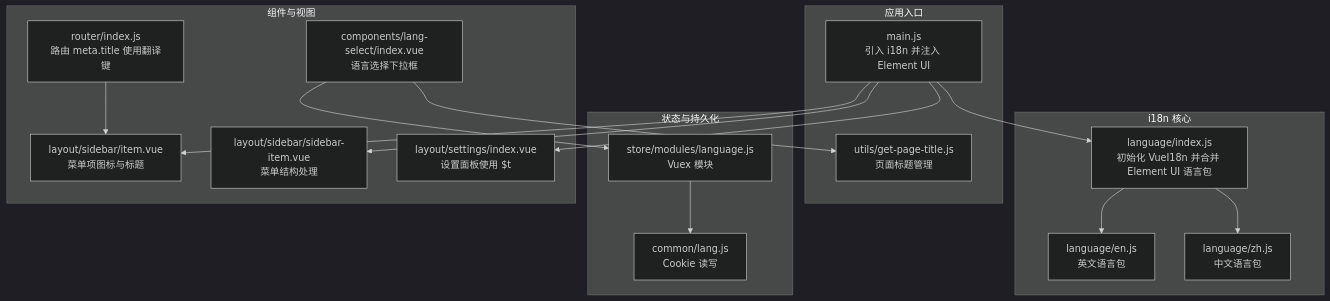
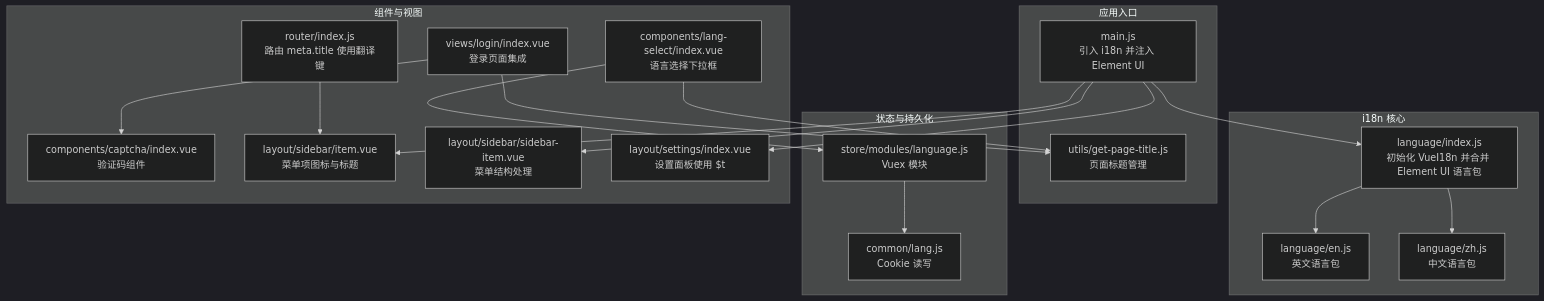
One commit to Neveryu/vue-cms changed the first of 7 diagrams in .qoder/repowiki/zh/content/核心功能/系统设置/多语言国际化.md. Above: the diagram before and after it, drawn with Mermaid (dark theme). The commit also changed other lines of this file and 25 other files, not shown here.

````diff
--- a/.qoder/repowiki/zh/content/核心功能/系统设置/多语言国际化.md
+++ b/.qoder/repowiki/zh/content/核心功能/系统设置/多语言国际化.md
@@ -62,33 +67,37 @@
 ```mermaid
 graph TB
 subgraph "应用入口"
 MAIN["main.js<br/>引入 i18n 并注入 Element UI"]
 ENDTITLE["utils/get-page-title.js<br/>页面标题管理"]
 end
 subgraph "i18n 核心"
 I18N_INDEX["language/index.js<br/>初始化 VueI18n 并合并 Element UI 语言包"]
 EN["language/en.js<br/>英文语言包"]
 ZH["language/zh.js<br/>中文语言包"]
 end
 subgraph "状态与持久化"
 STORE["store/modules/language.js<br/>Vuex 模块"]
 COMMON_LANG["common/lang.js<br/>Cookie 读写"]
 end
 subgraph "组件与视图"
 LANG_SELECT["components/lang-select/index.vue<br/>语言选择下拉框"]
+CAPTCHA["components/captcha/index.vue<br/>验证码组件"]
+LOGIN_PAGE["views/login/index.vue<br/>登录页面集成"]
 SIDEBAR_ITEM["layout/sidebar/item.vue<br/>菜单项图标与标题"]
 SIDEBAR_MENU["layout/sidebar/sidebar-item.vue<br/>菜单结构处理"]
 SETTINGS["layout/settings/index.vue<br/>设置面板使用 $t"]
 ROUTER["router/index.js<br/>路由 meta.title 使用翻译键"]
 end
 MAIN --> I18N_INDEX
 I18N_INDEX --> EN
 I18N_INDEX --> ZH
 LANG_SELECT --> STORE
 STORE --> COMMON_LANG
 LANG_SELECT --> ENDTITLE
+LOGIN_PAGE --> CAPTCHA
+LOGIN_PAGE --> ENDTITLE
 MAIN --> SIDEBAR_ITEM
 MAIN --> SIDEBAR_MENU
 MAIN --> SETTINGS
 ROUTER --> SIDEBAR_ITEM
 ```
````
